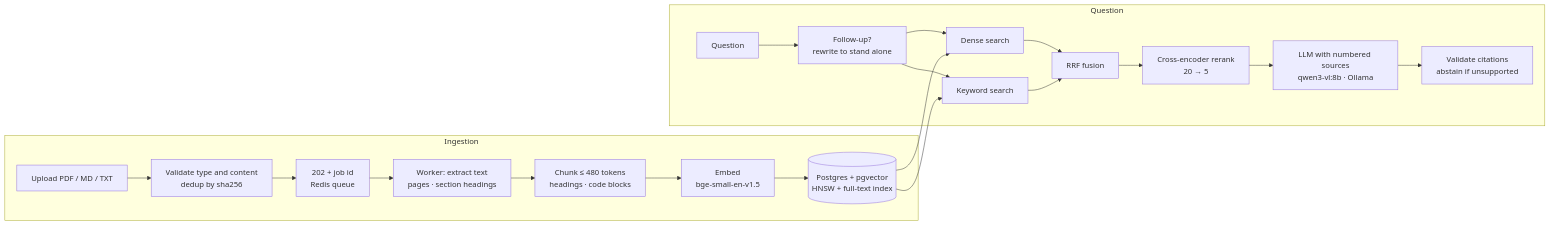
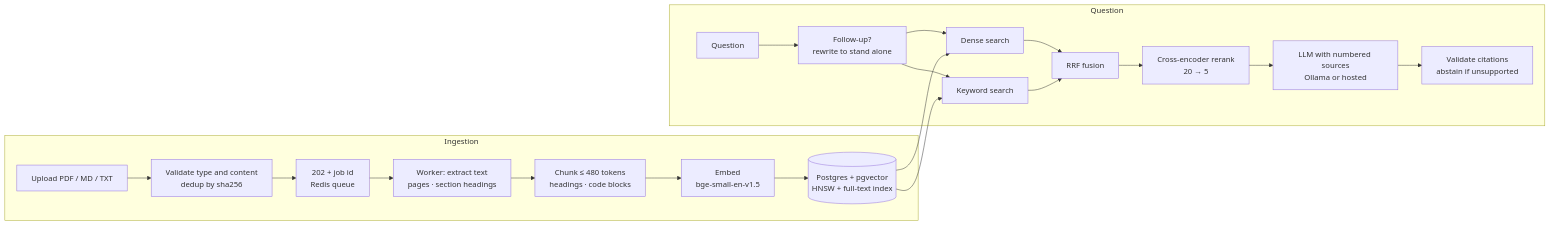
One commit to shahriarkabir280/evidrix changed the diagram in README.md. Above: the diagram before and after it, drawn with Mermaid. The commit also changed other lines of this file, not shown here.

````diff
--- a/README.md
+++ b/README.md
@@ -91,23 +113,23 @@
 ```mermaid
 flowchart LR
     subgraph Ingestion
         U[Upload PDF / MD / TXT] --> V[Validate type and content<br/>dedup by sha256]
         V --> J[202 + job id<br/>Redis queue]
         J --> X[Worker: extract text<br/>pages · section headings]
         X --> C[Chunk ≤ 480 tokens<br/>headings · code blocks]
         C --> E[Embed<br/>bge-small-en-v1.5]
         E --> DB[(Postgres + pgvector<br/>HNSW + full-text index)]
     end
     subgraph Question
         Q[Question] --> RW[Follow-up?<br/>rewrite to stand alone]
         RW --> D[Dense search]
         RW --> K[Keyword search]
         D --> F[RRF fusion]
         K --> F
         F --> R[Cross-encoder rerank<br/>20 → 5]
-        R --> G[LLM with numbered sources<br/>qwen3-vl:8b · Ollama]
+        R --> G[LLM with numbered sources<br/>Ollama or hosted]
         G --> CV[Validate citations<br/>abstain if unsupported]
     end
     DB --> D
     DB --> K
 ```
````
